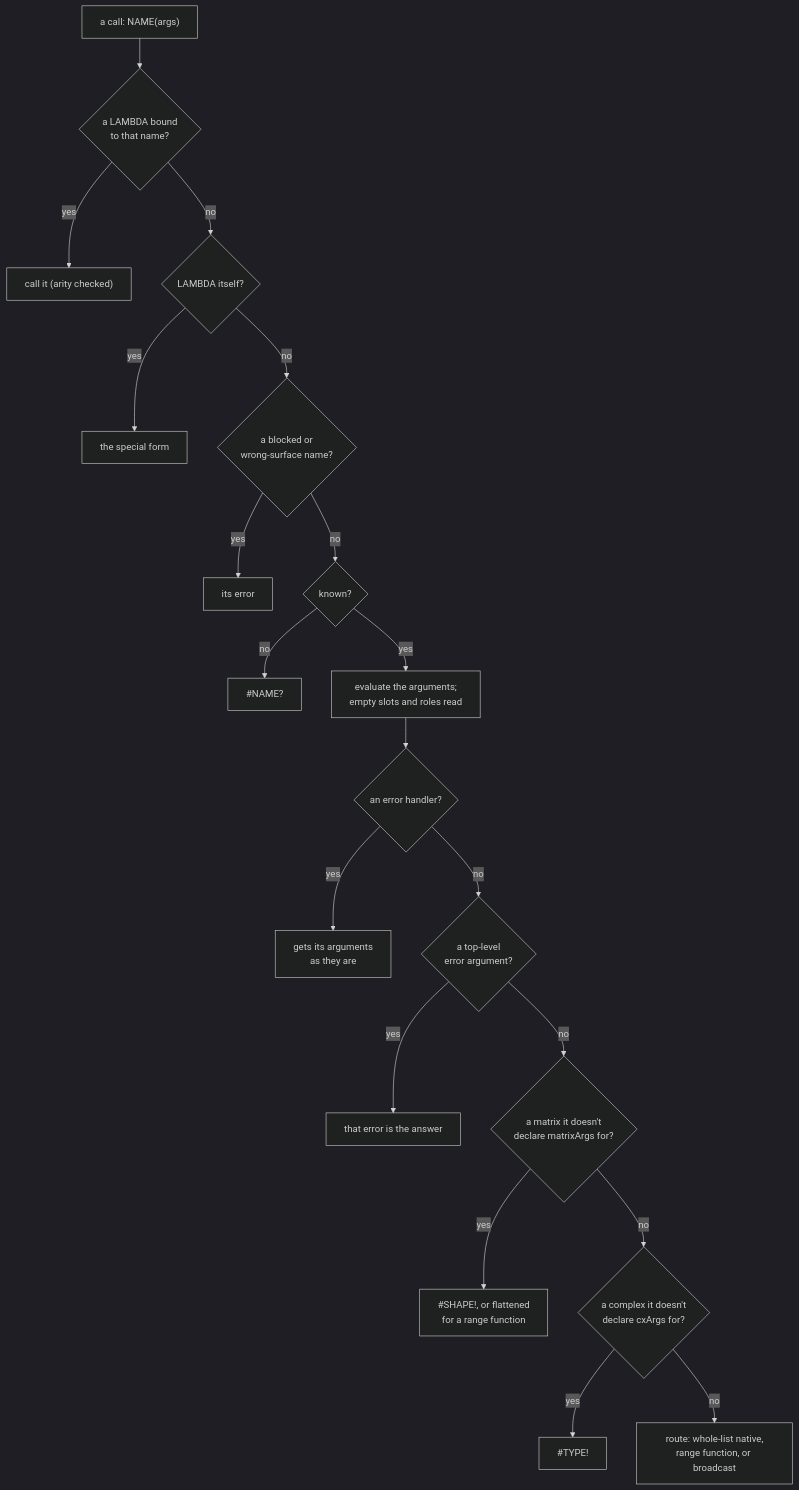
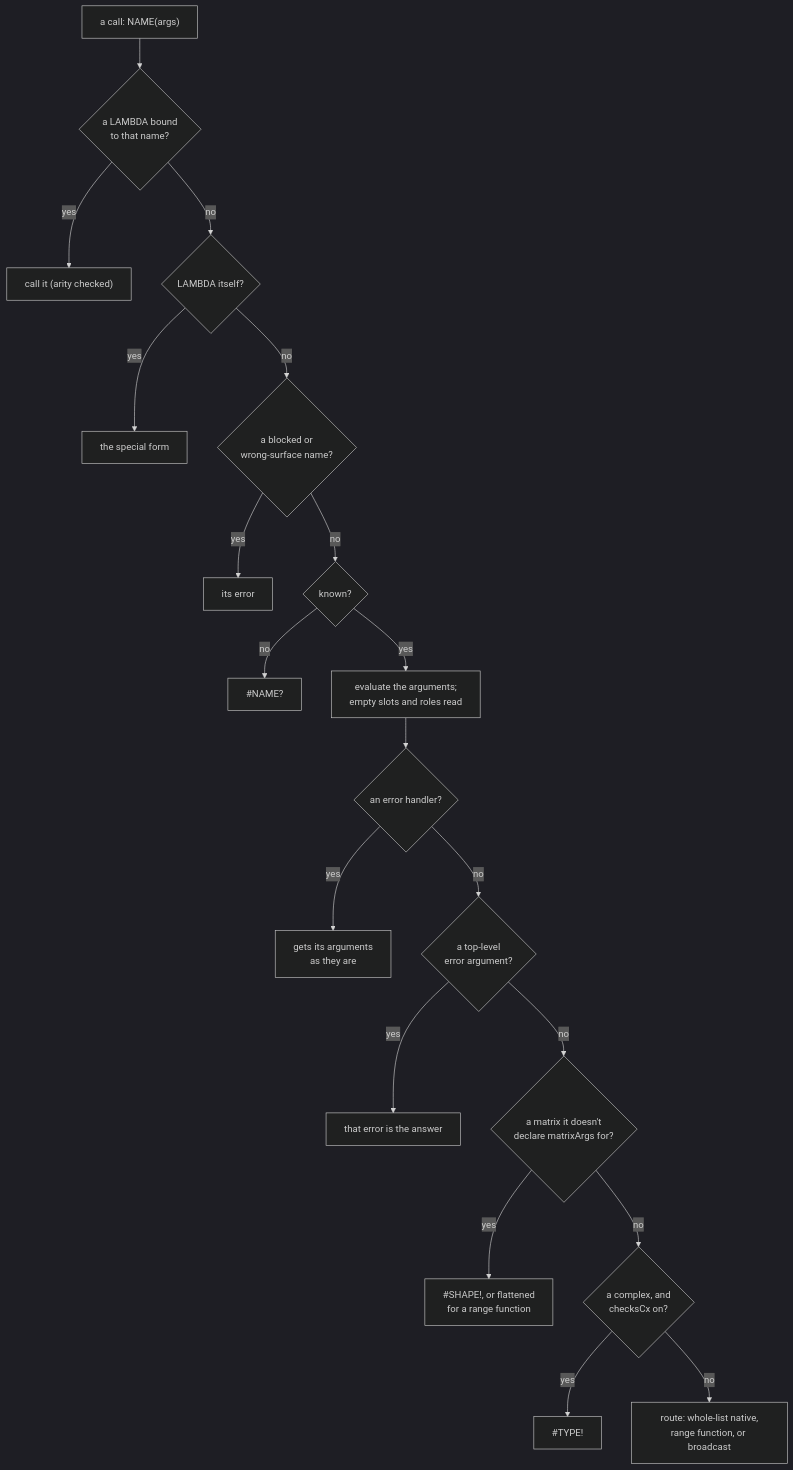
The second of 6 diagrams in tree/specs/computation/formula-language.md (bubba8587/solenoid), drawn with Mermaid (dark theme) before and after one commit. The commit also changed other lines of this file and 33 other files, not shown here.

````diff
--- a/tree/specs/computation/formula-language.md
+++ b/tree/specs/computation/formula-language.md
@@ -214,21 +214,21 @@
 ```mermaid
 flowchart TD
     c["a call: NAME(args)"] --> s1{"a LAMBDA bound<br>to that name?"}
     s1 -->|yes| lam["call it (arity checked)"]
     s1 -->|no| s2{"LAMBDA itself?"}
     s2 -->|yes| sf["the special form"]
     s2 -->|no| s3{"a blocked or<br>wrong-surface name?"}
     s3 -->|yes| blk["its error"]
     s3 -->|no| s4{"known?"}
     s4 -->|no| nm["#NAME?"]
     s4 -->|yes| ev["evaluate the arguments;<br>empty slots and roles read"]
     ev --> s7{"an error handler?"}
     s7 -->|yes| eh["gets its arguments<br>as they are"]
     s7 -->|no| s8{"a top-level<br>error argument?"}
     s8 -->|yes| err["that error is the answer"]
     s8 -->|no| s9{"a matrix it doesn't<br>declare matrixArgs for?"}
     s9 -->|yes| shp["#SHAPE!, or flattened<br>for a range function"]
-    s9 -->|no| s10{"a complex it doesn't<br>declare cxArgs for?"}
+    s9 -->|no| s10{"a complex, and<br>checksCx on?"}
     s10 -->|yes| typ["#TYPE!"]
     s10 -->|no| route["route: whole-list native,<br>range function, or broadcast"]
 ```
````
